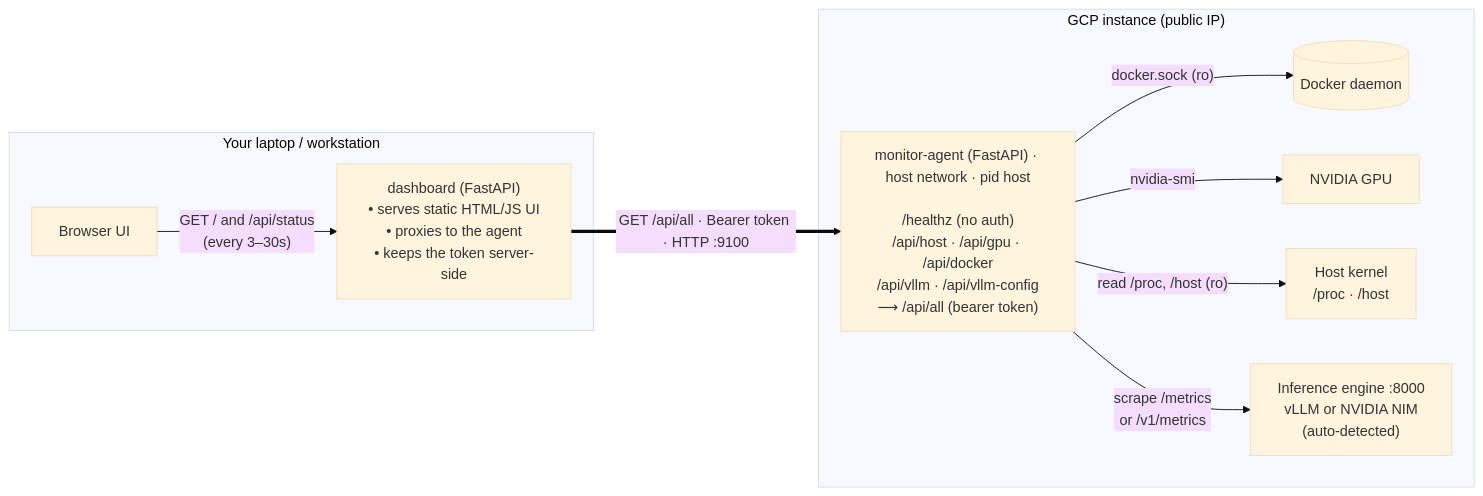
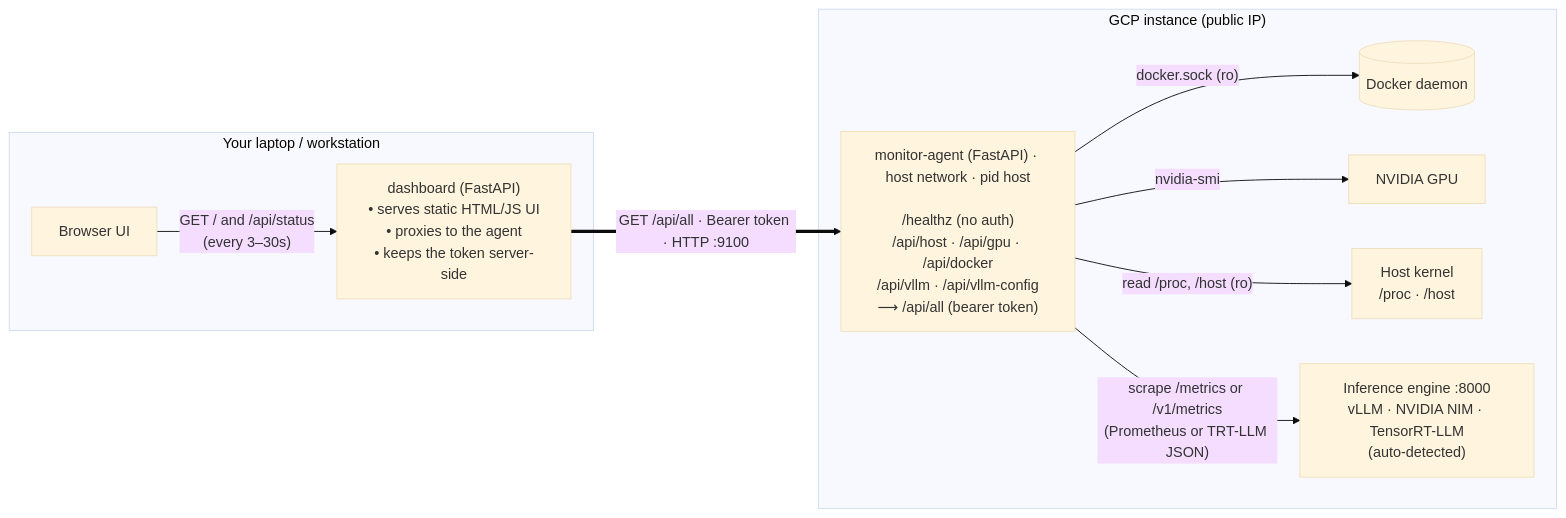
One commit to sqlshep/vllm-monitor changed the diagram in README.md. Above: the diagram before and after it, drawn with Mermaid (base theme). The commit also changed other lines of this file and 2 other files, not shown here.

First line of the commit message:
Add TensorRT-LLM support (trtllm-serve JSON metrics adapter)

````diff
--- a/README.md
+++ b/README.md
@@ -45,23 +50,23 @@
 ```mermaid
 flowchart LR
     subgraph laptop["Your laptop / workstation"]
         browser["Browser UI"]
         dashboard["dashboard (FastAPI)<br/>• serves static HTML/JS UI<br/>• proxies to the agent<br/>• keeps the token server-side"]
         browser -->|"GET / and /api/status<br/>(every 3–30s)"| dashboard
     end
 
     subgraph gcp["GCP instance (public IP)"]
         agent["monitor-agent (FastAPI) · host network · pid host<br/><br/>/healthz (no auth)<br/>/api/host · /api/gpu · /api/docker<br/>/api/vllm · /api/vllm-config<br/>⟶ /api/all (bearer token)"]
         docker[("Docker daemon")]
         gpu["NVIDIA GPU"]
         host["Host kernel<br/>/proc · /host"]
-        engine["Inference engine :8000<br/>vLLM or NVIDIA NIM<br/>(auto-detected)"]
+        engine["Inference engine :8000<br/>vLLM · NVIDIA NIM · TensorRT-LLM<br/>(auto-detected)"]
 
         agent -->|"docker.sock (ro)"| docker
         agent -->|"nvidia-smi"| gpu
         agent -->|"read /proc, /host (ro)"| host
-        agent -->|"scrape /metrics<br/>or /v1/metrics"| engine
+        agent -->|"scrape /metrics or /v1/metrics<br/>(Prometheus or TRT-LLM JSON)"| engine
     end
 
     dashboard ==>|"GET /api/all · Bearer token · HTTP :9100"| agent
 ```
````
